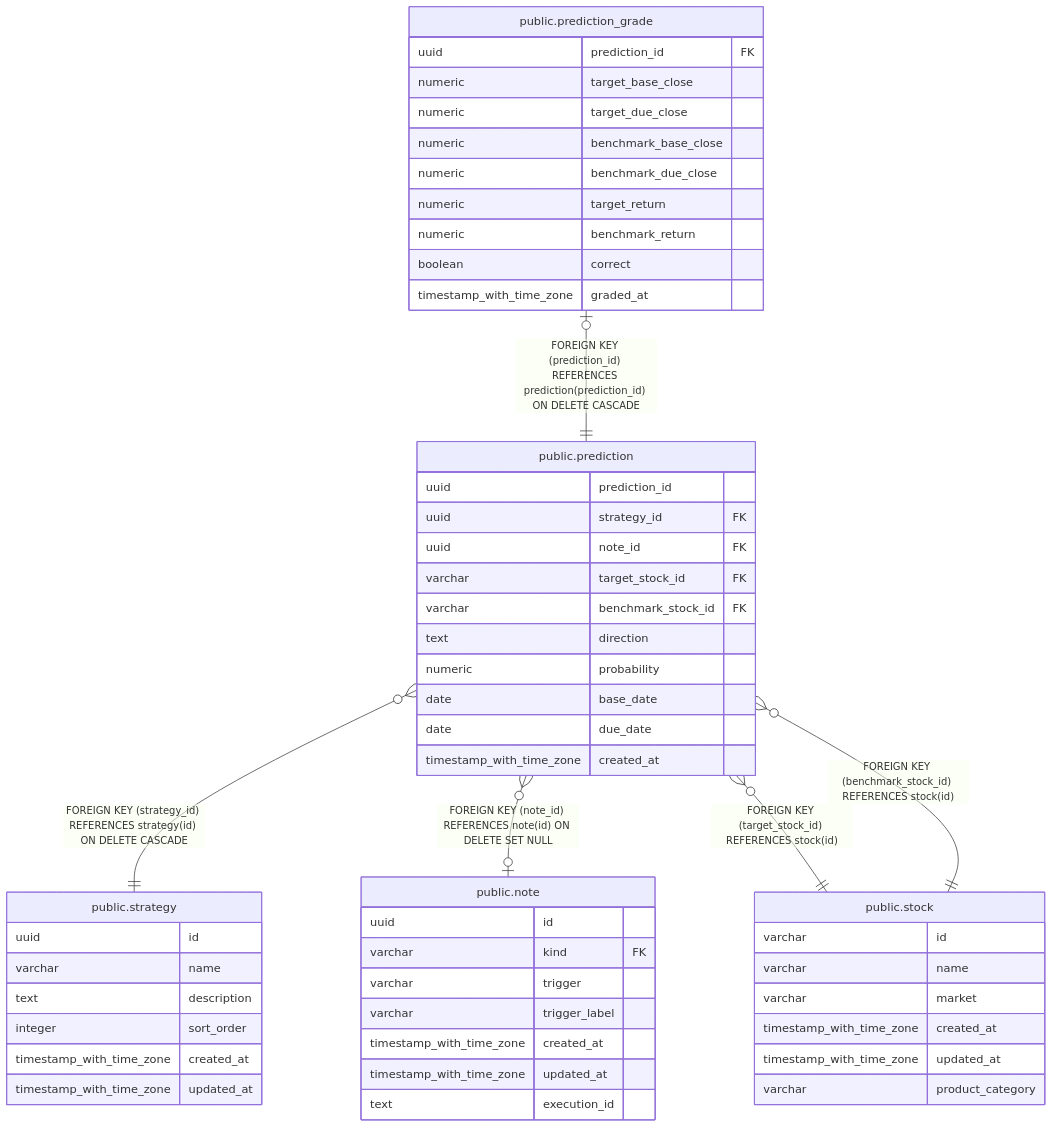
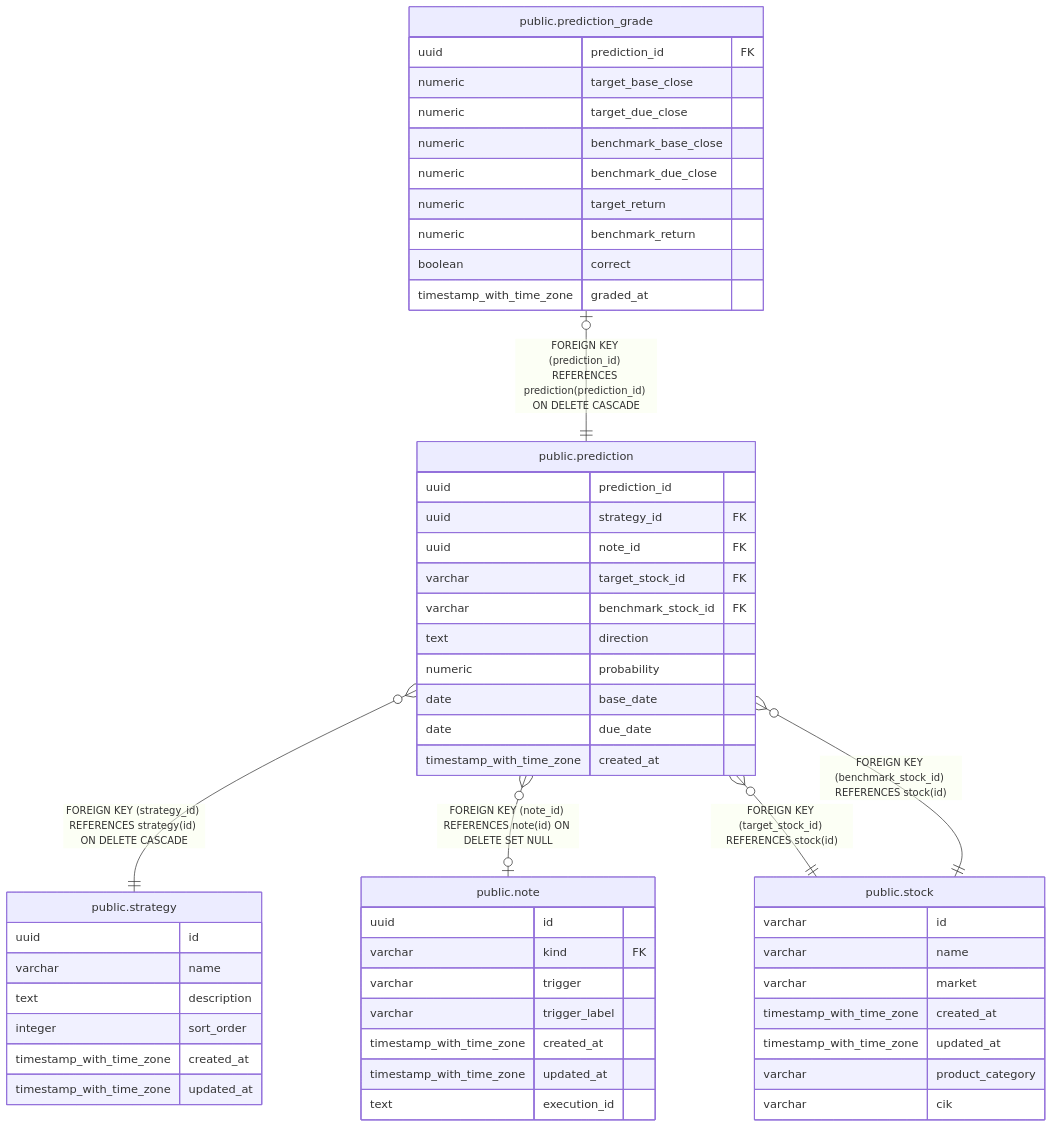
The diagram in backend/docs/db/public.prediction.md (fohte/t-rader), drawn with Mermaid before and after one commit. The commit also changed 59 other files, not shown here.

````diff
--- a/backend/docs/db/public.prediction.md
+++ b/backend/docs/db/public.prediction.md
@@ -54,58 +54,59 @@
 ```mermaid
 erDiagram
 
 "public.prediction_grade" |o--|| "public.prediction" : "FOREIGN KEY (prediction_id) REFERENCES prediction(prediction_id) ON DELETE CASCADE"
 "public.prediction" }o--|| "public.strategy" : "FOREIGN KEY (strategy_id) REFERENCES strategy(id) ON DELETE CASCADE"
 "public.prediction" }o--o| "public.note" : "FOREIGN KEY (note_id) REFERENCES note(id) ON DELETE SET NULL"
 "public.prediction" }o--|| "public.stock" : "FOREIGN KEY (target_stock_id) REFERENCES stock(id)"
 "public.prediction" }o--|| "public.stock" : "FOREIGN KEY (benchmark_stock_id) REFERENCES stock(id)"
 
 "public.prediction" {
   uuid prediction_id
   uuid strategy_id FK
   uuid note_id FK
   varchar target_stock_id FK
   varchar benchmark_stock_id FK
   text direction
   numeric probability
   date base_date
   date due_date
   timestamp_with_time_zone created_at
 }
 "public.prediction_grade" {
   uuid prediction_id FK
   numeric target_base_close
   numeric target_due_close
   numeric benchmark_base_close
   numeric benchmark_due_close
   numeric target_return
   numeric benchmark_return
   boolean correct
   timestamp_with_time_zone graded_at
 }
 "public.strategy" {
   uuid id
   varchar name
   text description
   integer sort_order
   timestamp_with_time_zone created_at
   timestamp_with_time_zone updated_at
 }
 "public.note" {
   uuid id
   varchar kind FK
   varchar trigger
   varchar trigger_label
   timestamp_with_time_zone created_at
   timestamp_with_time_zone updated_at
   text execution_id
 }
 "public.stock" {
   varchar id
   varchar name
   varchar market
   timestamp_with_time_zone created_at
   timestamp_with_time_zone updated_at
   varchar product_category
+  varchar cik
 }
 ```
````
